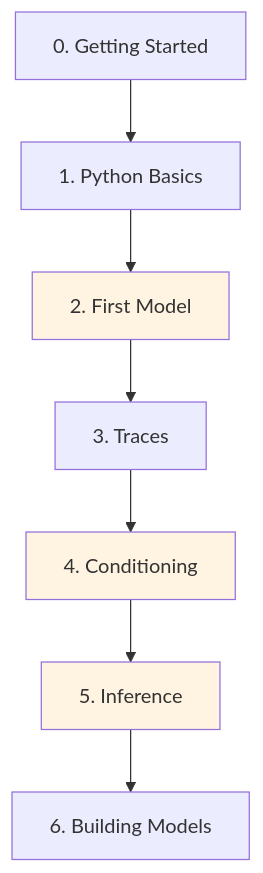
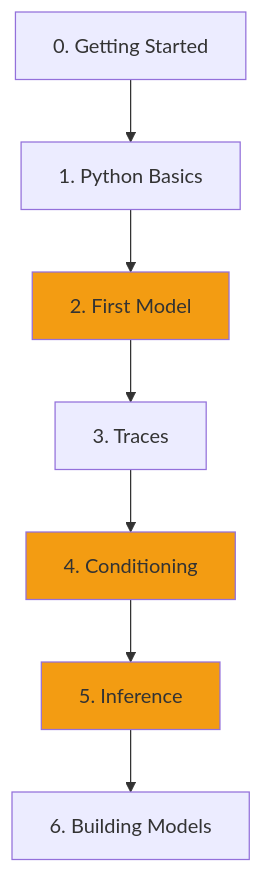
The diagram in content/genjax/_index.md (josephausterweil/probintro), drawn with Mermaid before and after one commit. The commit also changed 32 other files, not shown here.

First line of the commit message:
fix: improve learning path diagram colors for better legibility

````diff
--- a/content/genjax/_index.md
+++ b/content/genjax/_index.md
@@ -76,15 +76,15 @@
 ```mermaid
 graph TB
     A[0. Getting Started] --> B[1. Python Basics]
     B --> C[2. First Model]
     C --> D[3. Traces]
     D --> E[4. Conditioning]
     E --> F[5. Inference]
     F --> G[6. Building Models]
 
-    style C fill:#fff4e1
-    style E fill:#fff4e1
-    style F fill:#fff4e1
+    style C fill:#f39c12
+    style E fill:#f39c12
+    style F fill:#f39c12
 
-    classDef core fill:#fff4e1,stroke:#333,stroke-width:2px
+    classDef core fill:#f39c12,stroke:#333,stroke-width:2px,color:#fff
 ```
````
